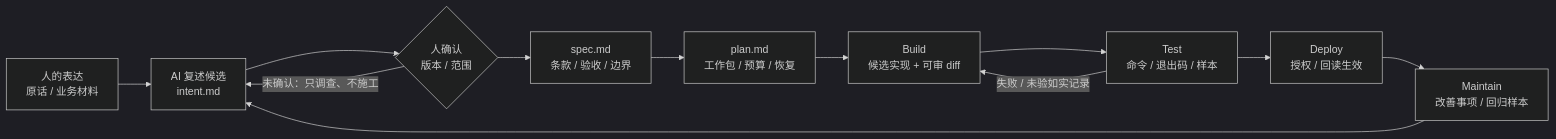
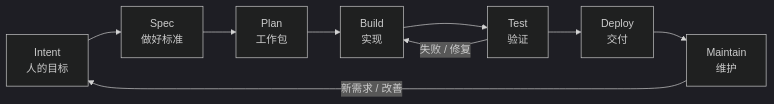
Before and after one commit to 8778fkv694-hub/pre-flight: the second of 2 diagrams in README.md, drawn with Mermaid (dark theme). The commit also changed other lines of this file, not shown here.

Commit message:
docs: rewrite README with focused explanatory diagrams and evidence

````diff
--- a/README.md
+++ b/README.md
@@ -68,14 +45,11 @@
 ```mermaid
 flowchart LR
-  A["人的表达<br/>原话 / 业务材料"] --> B["AI 复述候选<br/>intent.md"]
-  B --> C{"人确认<br/>版本 / 范围"}
-  C -->|"未确认：只调查、不施工"| B
-  C --> D["spec.md<br/>条款 / 验收 / 边界"]
-  D --> E["plan.md<br/>工作包 / 预算 / 恢复"]
-  E --> F["Build<br/>候选实现 + 可审 diff"]
-  F --> G["Test<br/>命令 / 退出码 / 样本"]
-  G -->|"失败 / 未验如实记录"| F
-  G --> H["Deploy<br/>授权 / 回读生效"]
-  H --> I["Maintain<br/>改善事项 / 回归样本"]
-  I --> B
+  I["Intent<br/>人的目标"] --> S["Spec<br/>做好标准"]
+  S --> P["Plan<br/>工作包"]
+  P --> B["Build<br/>实现"]
+  B --> T["Test<br/>验证"]
+  T --> D["Deploy<br/>交付"]
+  D --> M["Maintain<br/>维护"]
+  T -->|失败 / 修复| B
+  M -->|新需求 / 改善| I
 ```
````
